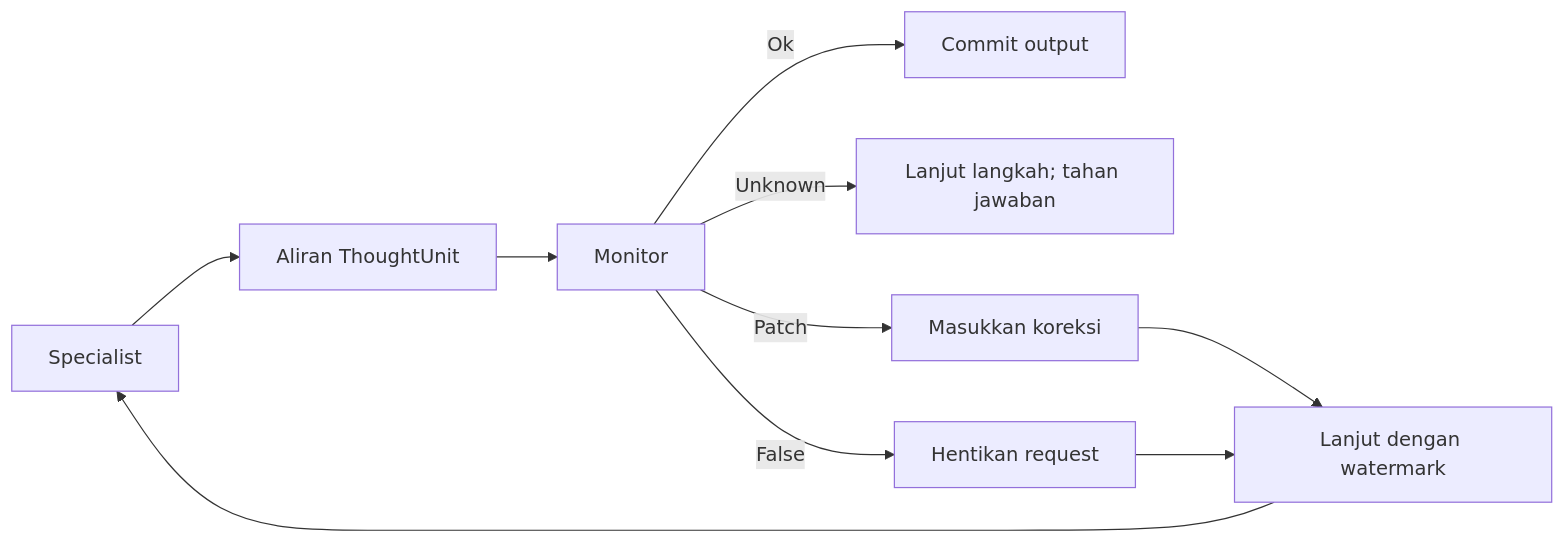
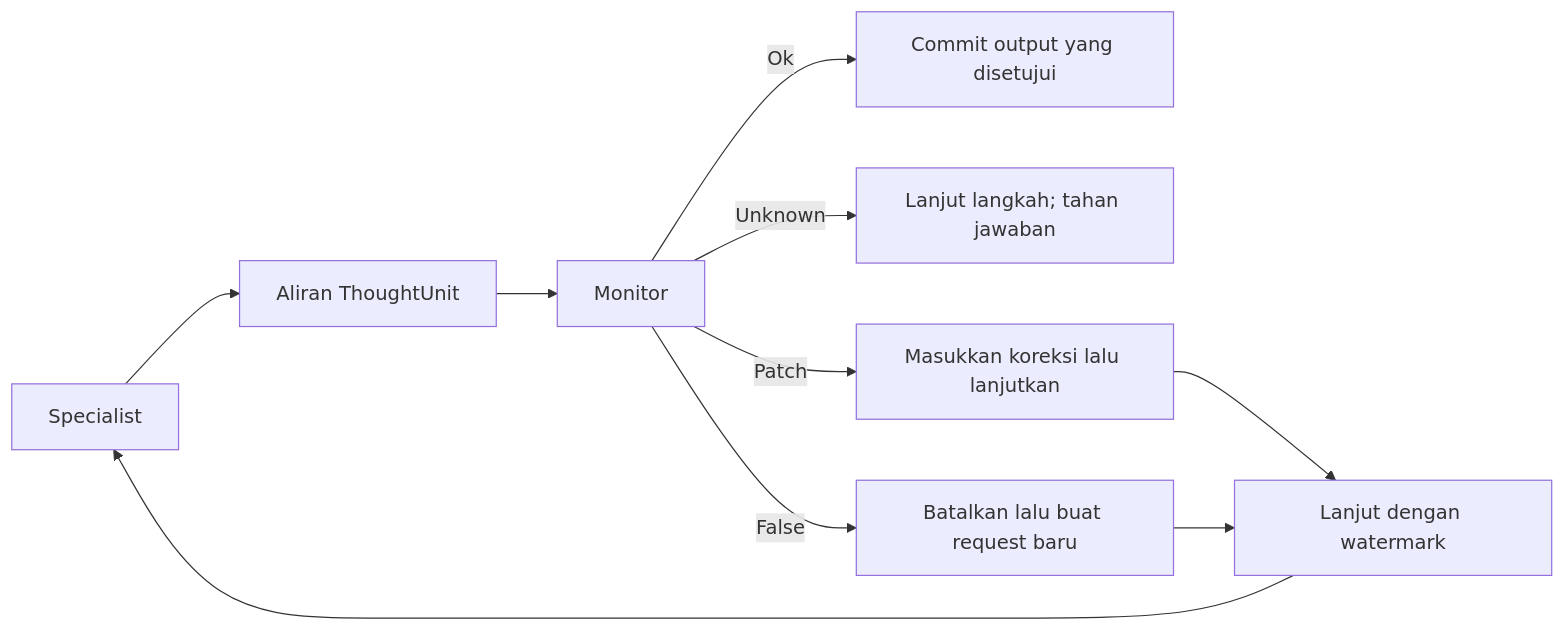
One commit to BillyBSig/InterrupThink changed the first of 2 diagrams in docs/id/concepts.md. Above: the diagram before and after it, drawn with Mermaid. The commit also changed other lines of this file and 125 other files, not shown here.

````diff
--- a/docs/id/concepts.md
+++ b/docs/id/concepts.md
@@ -11,12 +14,12 @@
 ```mermaid
 flowchart LR
   specialist[Specialist] --> units[Aliran ThoughtUnit]
   units --> monitor[Monitor]
-  monitor -->|Ok| commit[Commit output]
+  monitor -->|Ok| commit[Commit output yang disetujui]
   monitor -->|Unknown| hold[Lanjut langkah; tahan jawaban]
-  monitor -->|Patch| correct[Masukkan koreksi]
-  monitor -->|False| interrupt[Hentikan request]
+  monitor -->|Patch| correct[Masukkan koreksi lalu lanjutkan]
+  monitor -->|False| interrupt[Batalkan lalu buat request baru]
   correct --> watermark[Lanjut dengan watermark]
   interrupt --> watermark
   watermark --> specialist
 ```
````
